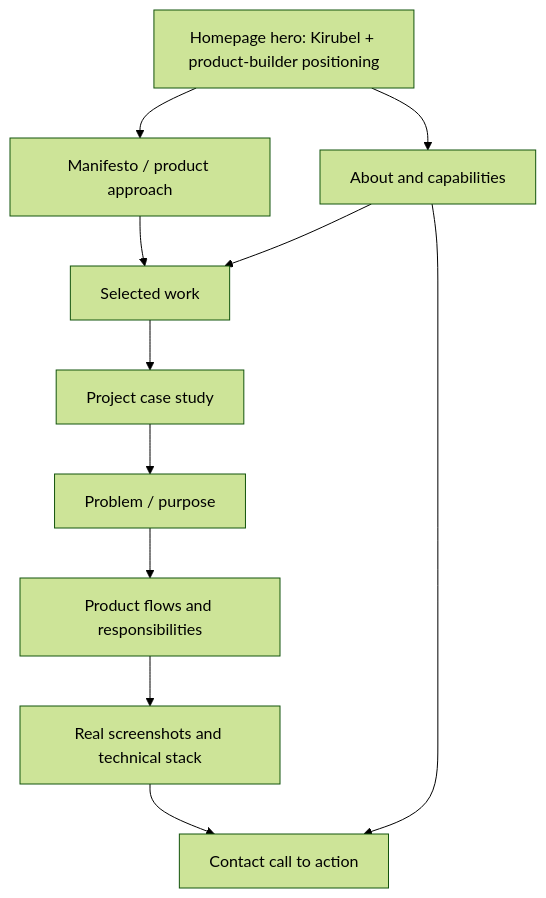
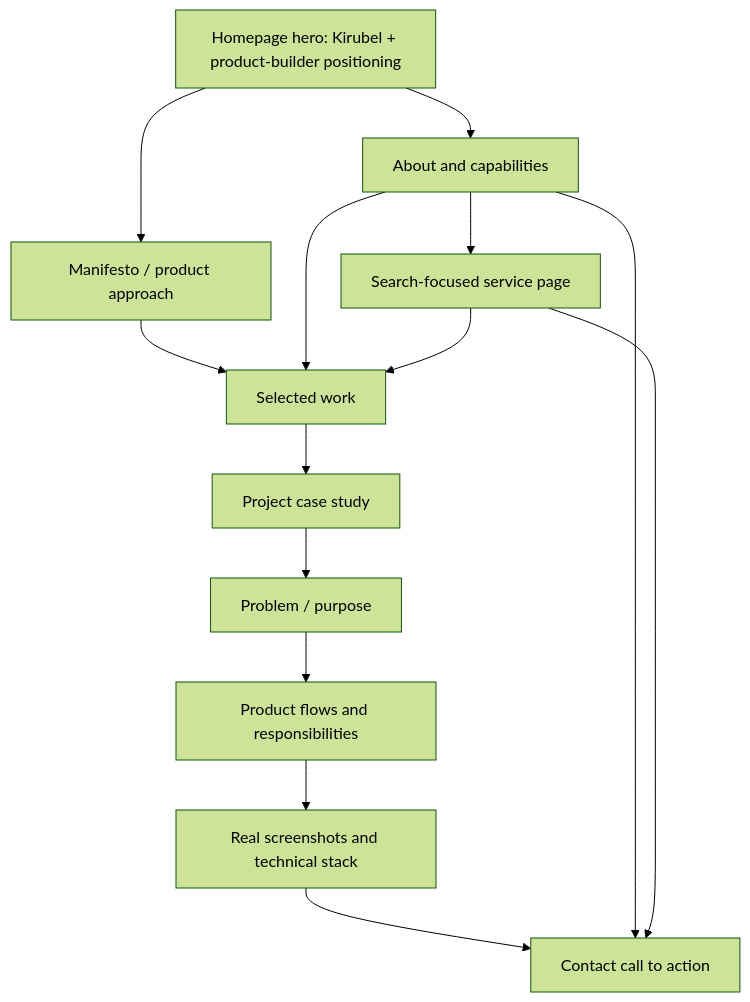
One commit to kirawebdesigner/kira-s-design-forge changed the diagram in AppFlow.md. Above: the diagram before and after it, drawn with Mermaid (forest theme). The commit also changed other lines of this file and 19 other files, not shown here.

````diff
--- a/AppFlow.md
+++ b/AppFlow.md
@@ -5,13 +5,16 @@
 ```mermaid
 flowchart TD
     A["Homepage hero: Kirubel + product-builder positioning"] --> M["Manifesto / product approach"]
     M --> B["Selected work"]
     B --> C["Project case study"]
     C --> D["Problem / purpose"]
     D --> E["Product flows and responsibilities"]
     E --> F["Real screenshots and technical stack"]
     F --> G["Contact call to action"]
     A --> H["About and capabilities"]
     H --> B
     H --> G
+    H --> S["Search-focused service page"]
+    S --> B
+    S --> G
 ```
````
